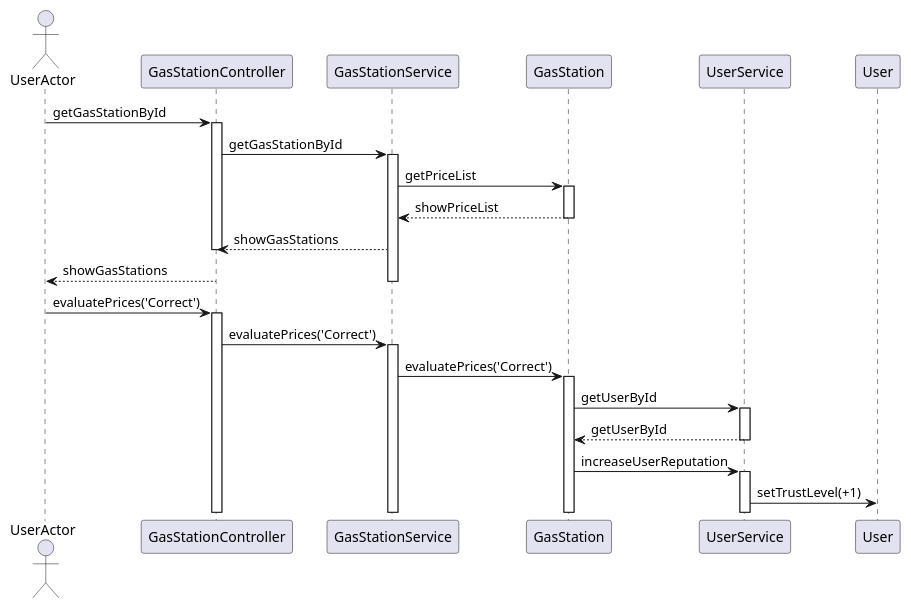
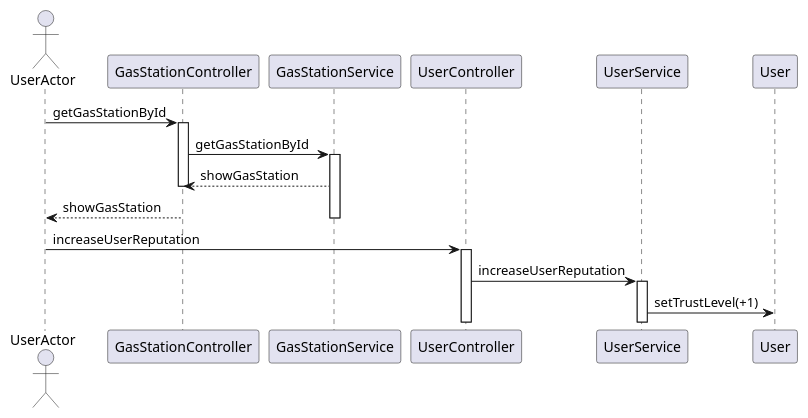
One commit to giovannitangredi/SEIProject changed the seventh of 7 diagrams in docs/DesignDocument.md. Above: the diagram before and after it, drawn with PlantUML. The commit also changed other lines of this file, not shown here.

Commit message:
docs: improved consistency in sequence diagram

````diff
--- a/docs/DesignDocument.md
+++ b/docs/DesignDocument.md
@@ -535,44 +531,25 @@
 ```plantuml
 @startuml
 actor UserActor
     UserActor -> GasStationController: getGasStationById
     activate GasStationController
 
     GasStationController -> GasStationService: getGasStationById
     activate GasStationService
 
-    GasStationService -> GasStation: getPriceList
-    activate GasStation
-
-    GasStation --> GasStationService: showPriceList
-    deactivate GasStation
-
-    GasStationService --> GasStationController: showGasStations
+    GasStationService --> GasStationController: showGasStation
     deactivate GasStationController
 
-    GasStationController --> UserActor: showGasStations
+    GasStationController --> UserActor: showGasStation
     deactivate GasStationService
 
-    UserActor -> GasStationController: evaluatePrices('Correct')
-    activate GasStationController
+    UserActor -> UserController: increaseUserReputation
+    activate UserController
 
-    GasStationController -> GasStationService: evaluatePrices('Correct')
-    activate GasStationService
-
-    GasStationService -> GasStation: evaluatePrices('Correct')
-    activate GasStation
-
-    GasStation -> UserService: getUserById
+    UserController -> UserService: increaseUserReputation
     activate UserService
 
-    UserService --> GasStation : getUserById
-    deactivate UserService
-
-    GasStation -> UserService: increaseUserReputation
-    activate UserService
-
-    UserService -> User: setTrustLevel(+1)
-    
+    UserService -> User: setTrustLevel(+1)  
 @enduml
 
 ```
````
